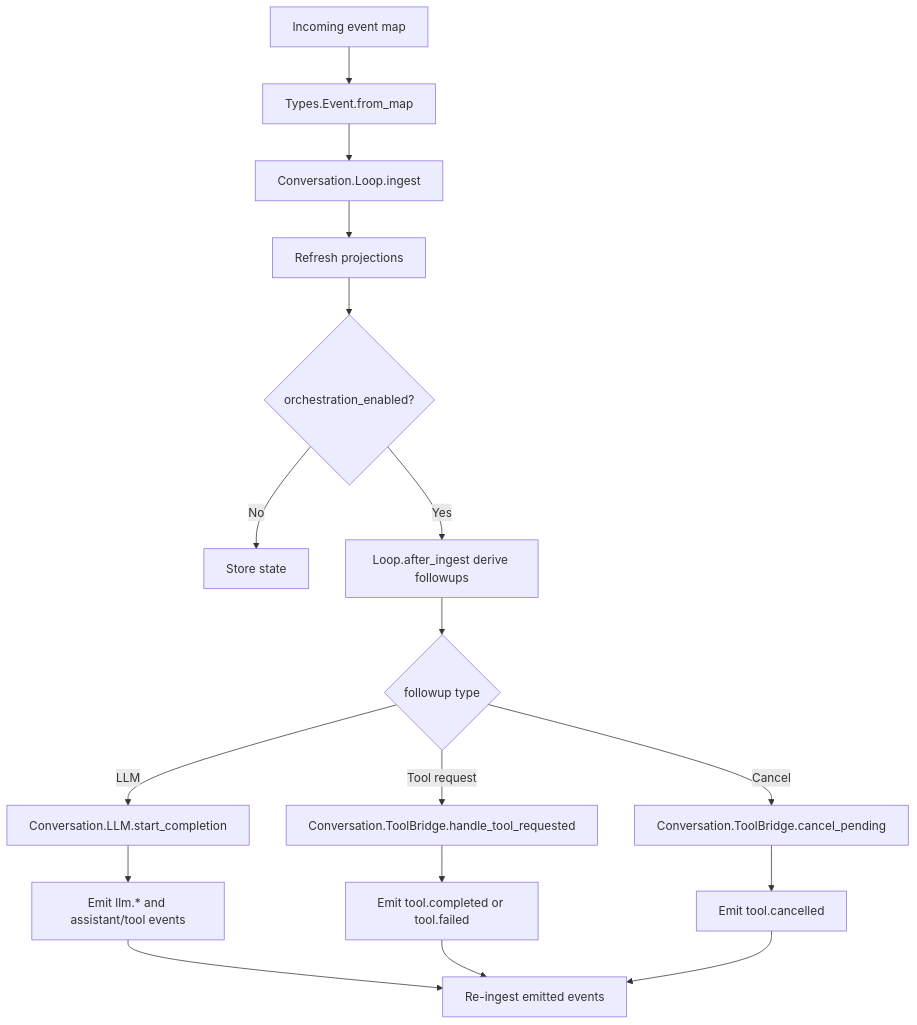
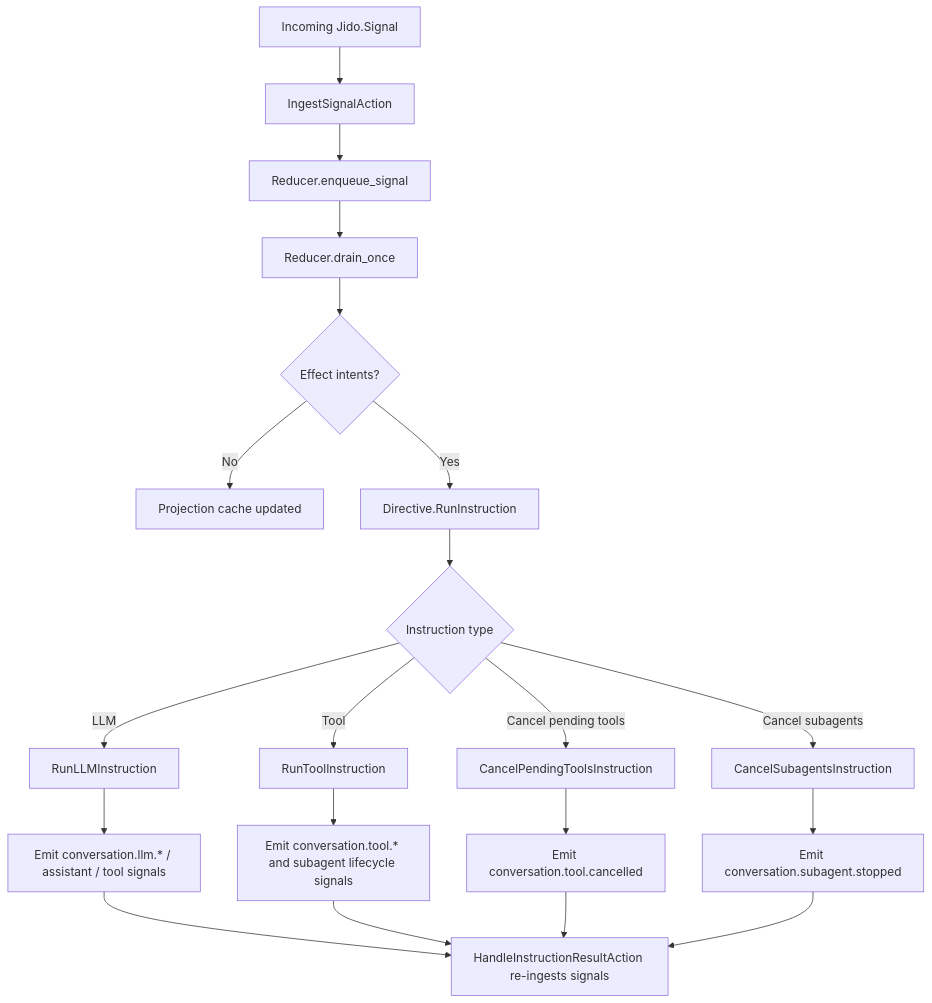
The diagram in docs/developer/conversation-runtime.md (pcharbon70/jido_code_server), drawn with Mermaid before and after one commit. The commit also changed other lines of this file and 50 other files, not shown here.

Commit message:
refactor conversation runtime to agent-first signal architecture

````diff
--- a/docs/developer/conversation-runtime.md
+++ b/docs/developer/conversation-runtime.md
@@ -25,19 +32,22 @@
 ```mermaid
 flowchart TD
-    A["Incoming event map"] --> B["Types.Event.from_map"]
-    B --> C["Conversation.Loop.ingest"]
-    C --> D["Refresh projections"]
-    D --> E{"orchestration_enabled?"}
-    E -->|No| F["Store state"]
-    E -->|Yes| G["Loop.after_ingest derive followups"]
-    G --> H{"followup type"}
-    H -->|LLM| I["Conversation.LLM.start_completion"]
-    H -->|Tool request| J["Conversation.ToolBridge.handle_tool_requested"]
-    H -->|Cancel| K["Conversation.ToolBridge.cancel_pending"]
-    I --> L["Emit llm.* and assistant/tool events"]
-    J --> M["Emit tool.completed or tool.failed"]
-    K --> N["Emit tool.cancelled"]
-    L --> O["Re-ingest emitted events"]
+    A["Incoming Jido.Signal"] --> B["IngestSignalAction"]
+    B --> C["Reducer.enqueue_signal"]
+    C --> D["Reducer.drain_once"]
+    D --> E{"Effect intents?"}
+    E -->|No| F["Projection cache updated"]
+    E -->|Yes| G["Directive.RunInstruction"]
+    G --> H{"Instruction type"}
+    H -->|LLM| I["RunLLMInstruction"]
+    H -->|Tool| J["RunToolInstruction"]
+    H -->|Cancel pending tools| K["CancelPendingToolsInstruction"]
+    H -->|Cancel subagents| K2["CancelSubagentsInstruction"]
+    I --> L["Emit conversation.llm.* / assistant / tool signals"]
+    J --> M["Emit conversation.tool.* and subagent lifecycle signals"]
+    K --> N["Emit conversation.tool.cancelled"]
+    K2 --> N2["Emit conversation.subagent.stopped"]
+    L --> O["HandleInstructionResultAction re-ingests signals"]
     M --> O
     N --> O
+    N2 --> O
 ```
````
